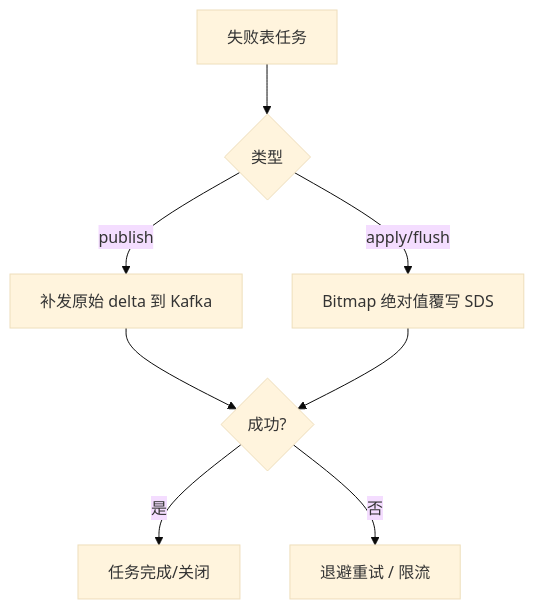
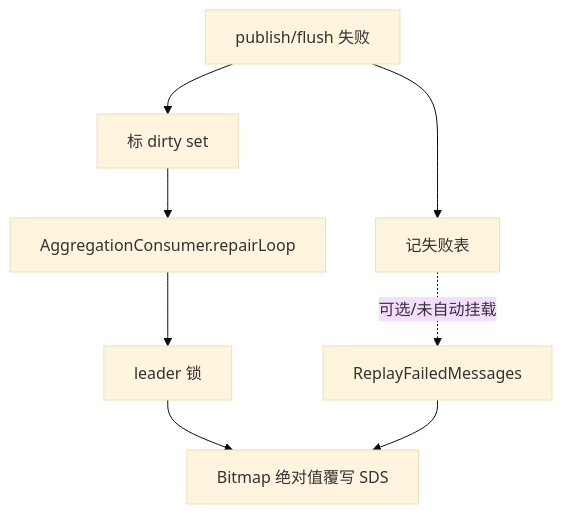
Before and after one commit to bitladykiller/zhiguang_go: the fifth of 15 diagrams in docs/modules/05-点赞收藏计数模块.md, drawn with Mermaid (base theme). The commit also changed other lines of this file and 8 other files, not shown here.

First line of the commit message:
docs: 跨模块流程图与接线核对，统一 fanout/计数/异步表述

````diff
--- a/docs/modules/05-点赞收藏计数模块.md
+++ b/docs/modules/05-点赞收藏计数模块.md
@@ -188,10 +196,10 @@
 ```mermaid
 flowchart TD
-    A[失败表任务] --> B{类型}
-    B -->|publish| C[补发原始 delta 到 Kafka]
-    B -->|apply/flush| D[Bitmap 绝对值覆写 SDS]
-    C --> E{成功?}
-    D --> E
-    E -->|是| F[任务完成/关闭]
-    E -->|否| G[退避重试 / 限流]
+    A[publish/flush 失败] --> B[记失败表]
+    A --> C[标 dirty set]
+    C --> D[AggregationConsumer.repairLoop]
+    D --> E[leader 锁]
+    E --> F[Bitmap 绝对值覆写 SDS]
+    B -.->|可选/未自动挂载| G[ReplayFailedMessages]
+    G --> F
 ```
````
